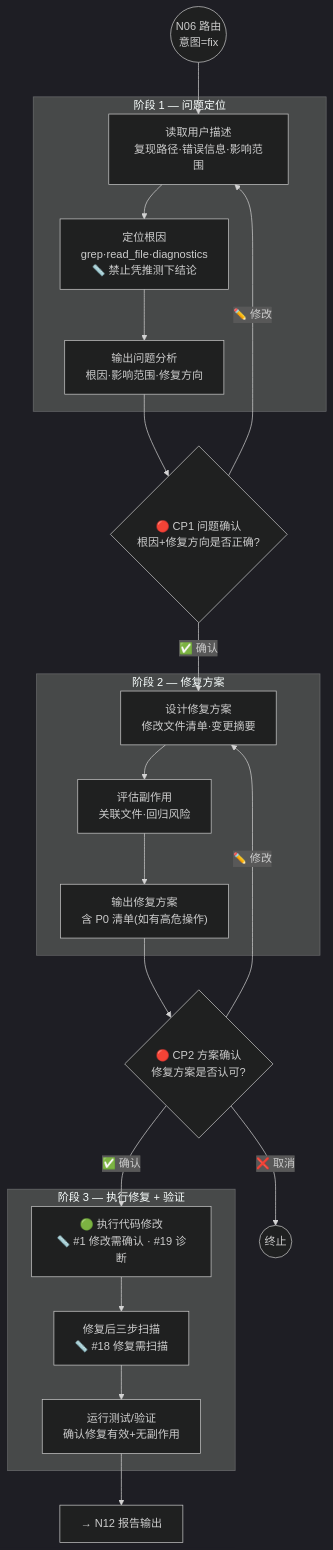
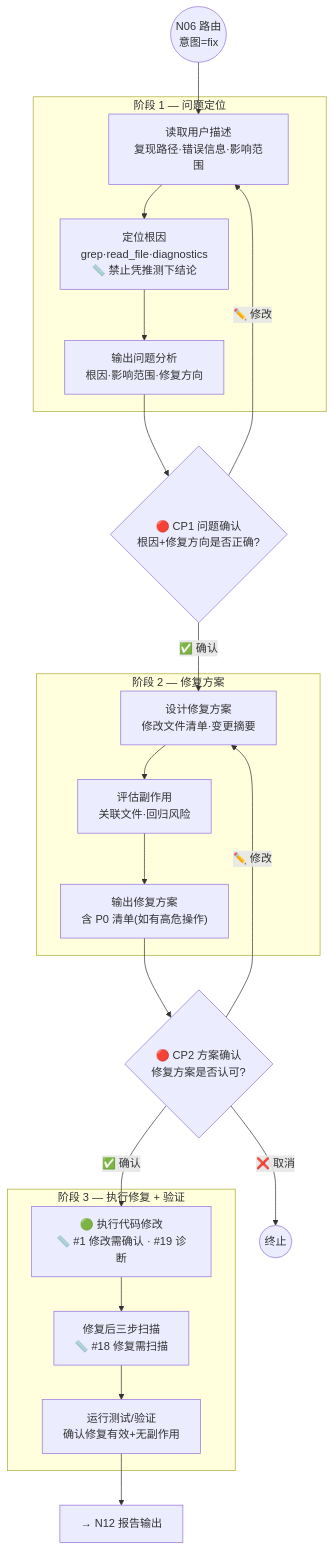
One commit to vextjs/ai-dev-guidelines changed the diagram in version/v3/workflows/fix/README.md. Above: the diagram before and after it, drawn with Mermaid. The commit also changed other lines of this file and 10 other files, not shown here.

````diff
--- a/version/v3/workflows/fix/README.md
+++ b/version/v3/workflows/fix/README.md
@@ -13,37 +13,36 @@
 ```mermaid
-%%{init: {'theme': 'dark'}}%%
 flowchart TD
     ENTRY(("N06 路由<br/>意图=fix")) --> P1
 
     subgraph PHASE1["阶段 1 — 问题定位"]
         P1["读取用户描述<br/>复现路径·错误信息·影响范围"]
         P1 --> P1A["定位根因<br/>grep·read_file·diagnostics<br/>📏 禁止凭推测下结论"]
         P1A --> P1B["输出问题分析<br/>根因·影响范围·修复方向"]
     end
 
     P1B --> CP1{"🔴 CP1 问题确认<br/>根因+修复方向是否正确?"}
     CP1 -->|"✅ 确认"| P2
     CP1 -->|"✏️ 修改"| P1
 
     subgraph PHASE2["阶段 2 — 修复方案"]
         P2["设计修复方案<br/>修改文件清单·变更摘要"]
         P2 --> P2A["评估副作用<br/>关联文件·回归风险"]
         P2A --> P2B["输出修复方案<br/>含 P0 清单(如有高危操作)"]
     end
 
     P2B --> CP2{"🔴 CP2 方案确认<br/>修复方案是否认可?"}
     CP2 -->|"✅ 确认"| P3
     CP2 -->|"✏️ 修改"| P2
     CP2 -->|"❌ 取消"| ABORT(("终止"))
 
     subgraph PHASE3["阶段 3 — 执行修复 + 验证"]
         P3["🟢 执行代码修改<br/>📏 #1 修改需确认 · #19 诊断"]
         P3 --> P3A["修复后三步扫描<br/>📏 #18 修复需扫描"]
         P3A --> P3B["运行测试/验证<br/>确认修复有效+无副作用"]
     end
 
     P3B --> N12["→ N12 报告输出"]
 
     click CP1 "workflows/common/confirmation-points.md"
     click CP2 "workflows/common/confirmation-points.md"
 ```
````
